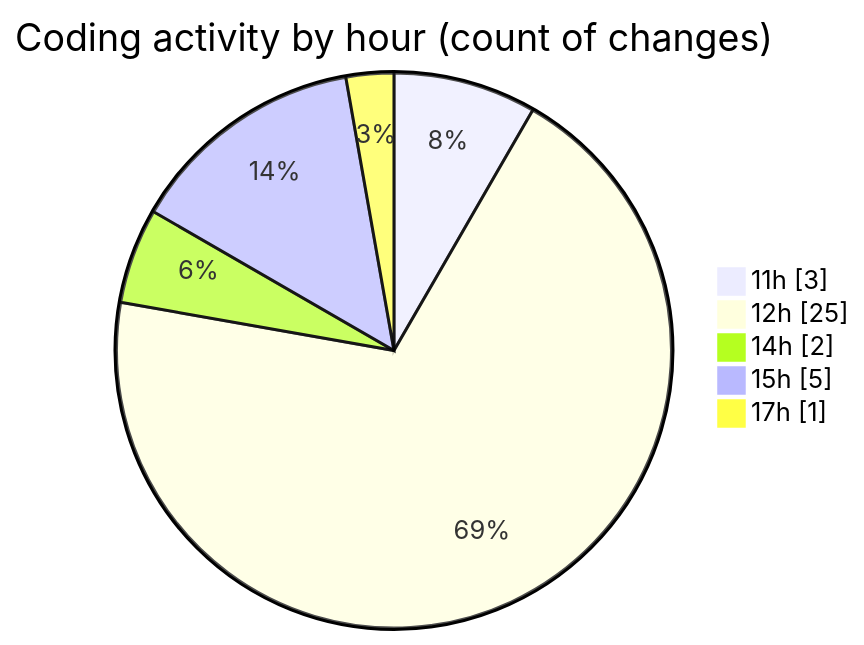
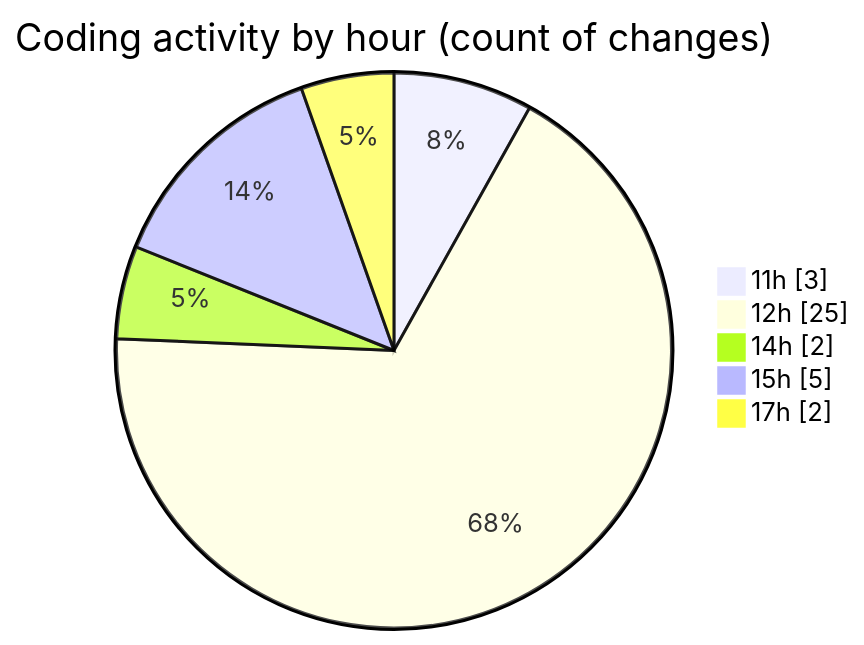
One commit to debugP/code-tracking changed the second of 2 diagrams in 2026-08-14/untitled__workspace_/README.md. Above: the diagram before and after it, drawn with Mermaid. The commit also changed other lines of this file and 1 other file, not shown here.

````diff
--- a/2026-08-14/untitled__workspace_/README.md
+++ b/2026-08-14/untitled__workspace_/README.md
@@ -34,9 +34,9 @@
 ```mermaid
 pie showData
 title Coding activity by hour (count of changes)
 "11h" : 3
 "12h" : 25
 "14h" : 2
 "15h" : 5
-"17h" : 1
+"17h" : 2
 ```
````
